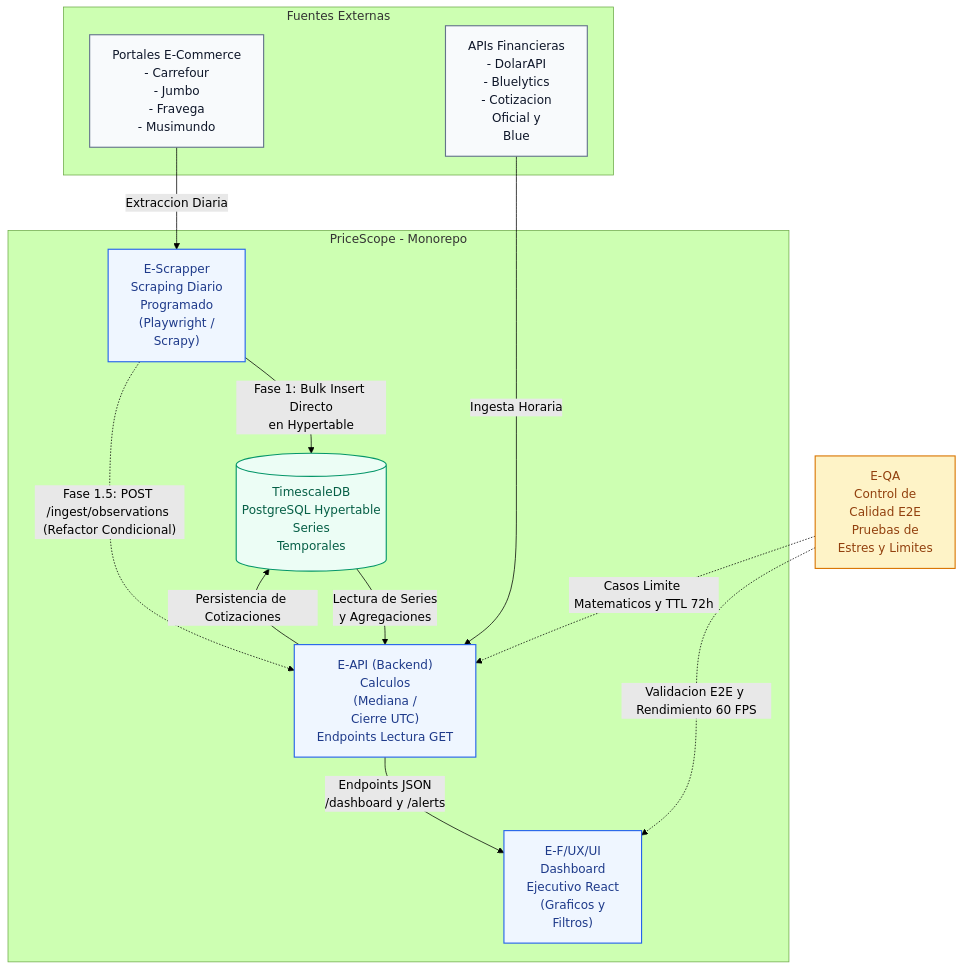
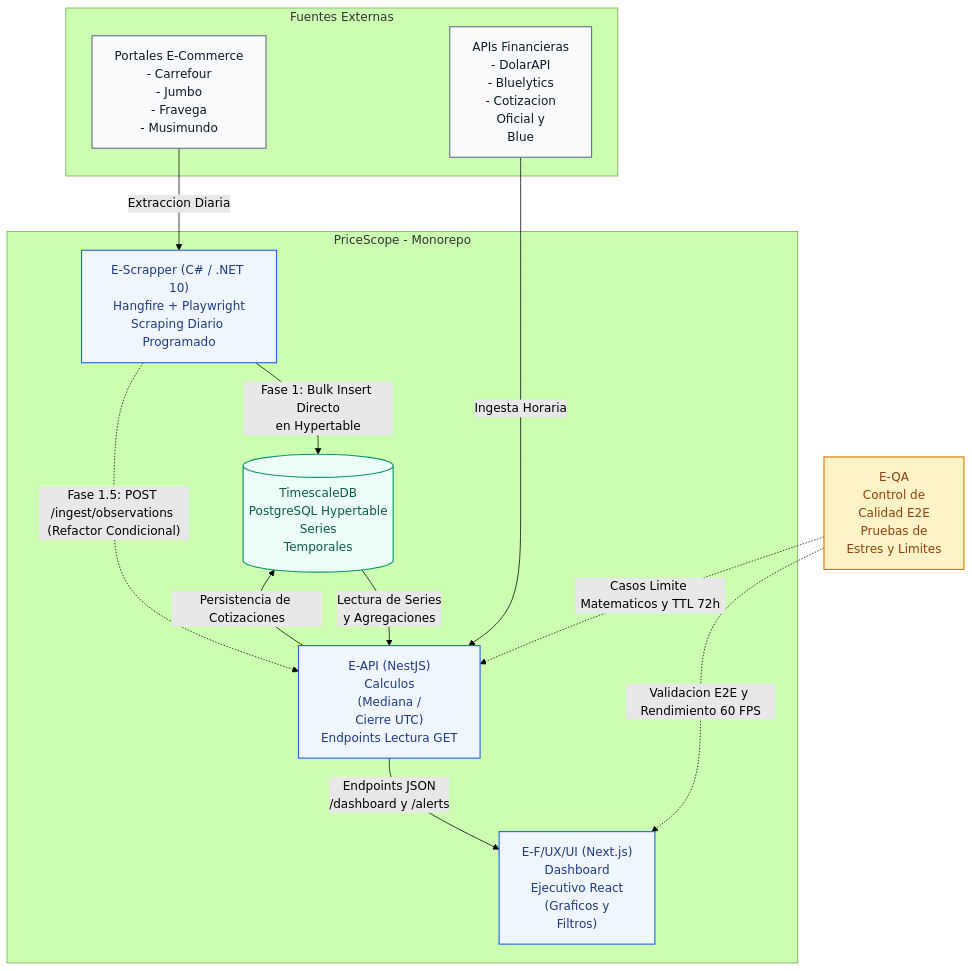
The diagram in docs/01-analisis/01-SRS-PriceScope.md (Alejoho/S10-26-E2-PriceScope_Practice), drawn with Mermaid (forest theme) before and after one commit. The commit also changed other lines of this file and 2 other files, not shown here.

Commit message:
feat: update architecture documentation to reflect changes in technology stack and implementation details for scrapers, API, and frontend

````diff
--- a/docs/01-analisis/01-SRS-PriceScope.md
+++ b/docs/01-analisis/01-SRS-PriceScope.md
@@ -67,43 +67,43 @@
 ```mermaid
 flowchart TD
     %% Fuentes Externas
     subgraph Fuentes ["Fuentes Externas"]
         ECOM["Portales E-Commerce<br/>- Carrefour<br/>- Jumbo<br/>- Fravega<br/>- Musimundo"]
         FIN["APIs Financieras<br/>- DolarAPI<br/>- Bluelytics<br/>- Cotizacion <br/>Oficial y <br/>Blue"]
     end
 
     %% Pipeline Interno
     subgraph Core ["PriceScope - Monorepo"]
-        SCRAP["E-Scrapper<br/>Scraping Diario <br/>Programado<br/>(Playwright / <br/>Scrapy)"]
+        SCRAP["E-Scrapper (C# / .NET 10)<br/>Hangfire + Playwright<br/>Scraping Diario Programado"]
         DB[("TimescaleDB<br/>PostgreSQL Hypertable<br/>Series <br/>Temporales")]
-        API["E-API (Backend)<br/>Calculos <br/>(Mediana / <br/>Cierre UTC)<br/>Endpoints Lectura GET"]
-        UI["E-F/UX/UI<br/>Dashboard <br/>Ejecutivo React<br/>(Graficos y<br/> Filtros)"]
+        API["E-API (NestJS)<br/>Calculos <br/>(Mediana / <br/>Cierre UTC)<br/>Endpoints Lectura GET"]
+        UI["E-F/UX/UI (Next.js)<br/>Dashboard <br/>Ejecutivo React<br/>(Graficos y<br/> Filtros)"]
     end
 
     %% Célula de Calidad
     QA["E-QA<br/>Control de<br/> Calidad E2E<br/>Pruebas de <br/>Estres y Limites"]
 
     %% Conexiones Directas MVP y Phasing
     ECOM -->|Extraccion Diaria| SCRAP
     SCRAP -->|Fase 1: Bulk Insert Directo<br/>en Hypertable| DB
     SCRAP -.->|"Fase 1.5: POST /ingest/observations (Refactor Condicional)"| API
     FIN -->|Ingesta Horaria| API
     API -->|Persistencia de Cotizaciones| DB
     DB -->|Lectura de Series<br/>y Agregaciones| API
     API -->|Endpoints JSON<br/>/dashboard y /alerts| UI
 
     %% Conexiones de QA corregidas
     QA -.->|"Validacion E2E y Rendimiento 60 FPS"| UI
     QA -.->|"Casos Limite Matematicos y TTL 72h"| API
 
     %% Estilos Visuales
     classDef extern fill:#f8fafc,stroke:#64748b,stroke-width:1.5px,color:#0f172a;
     classDef core fill:#eff6ff,stroke:#2563eb,stroke-width:1.5px,color:#1e3a8a;
     classDef db fill:#ecfdf5,stroke:#059669,stroke-width:1.5px,color:#065f46;
     classDef qa fill:#fef3c7,stroke:#d97706,stroke-width:1.5px,color:#92400e;
 
     class ECOM,FIN extern;
     class SCRAP,API,UI core;
     class DB db;
     class QA qa;
 ```
````
